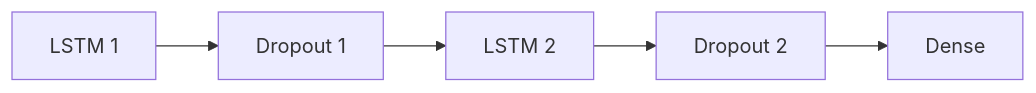
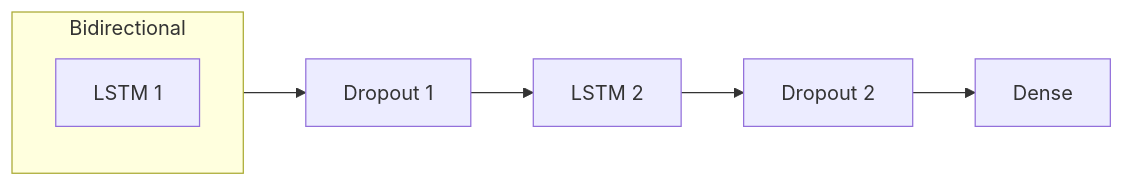
The third of 3 diagrams in README.md (aruncveli/id2223-project), drawn with Mermaid before and after one commit. The commit also changed other lines of this file, not shown here.

````diff
--- a/README.md
+++ b/README.md
@@ -75,4 +100,7 @@
 ```mermaid
 graph LR
-    lstm1[LSTM 1] --> dropout1[Dropout 1] --> lstm2[LSTM 2] --> dropout2[Dropout 2] --> Dense
+    subgraph Bidirectional
+        lstm1[LSTM 1]
+    end
+    Bidirectional --> dropout1[Dropout 1] --> lstm2[LSTM 2] --> dropout2[Dropout 2] --> Dense
 ```
````
